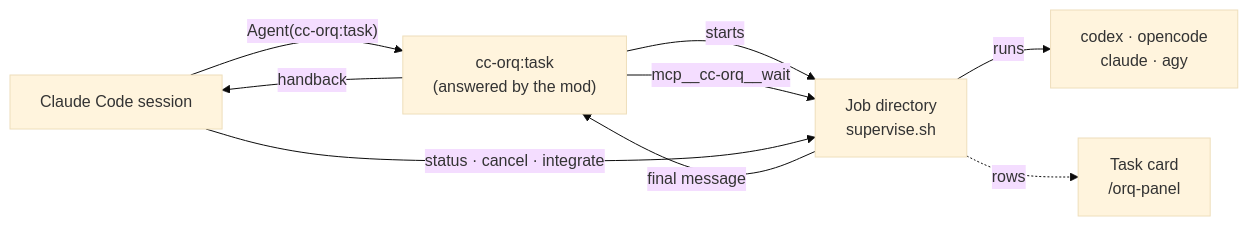
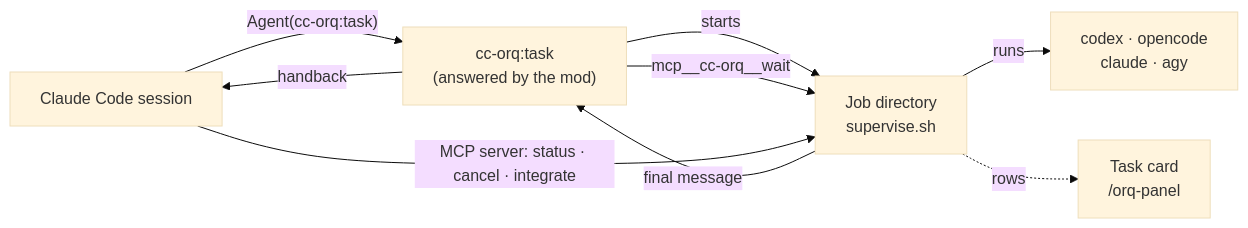
Before and after one commit to Elesiann/cc-orq: the diagram in README.md, drawn with Mermaid (base theme). The commit also changed other lines of this file and 2 other files, not shown here.

First line of the commit message:
Document the MCP server and the renamed tools

````diff
--- a/README.md
+++ b/README.md
@@ -755,11 +806,11 @@
 ```mermaid
 flowchart LR
   parent["Claude Code session"] -- "Agent(cc-orq:task)" --> task["cc-orq:task<br/>(answered by the mod)"]
   task -- "starts" --> job["Job directory<br/>supervise.sh"]
   job -- "runs" --> cli["codex · opencode<br/>claude · agy"]
   task -- "mcp__cc-orq__wait" --> job
   job -- "final message" --> task
   task -- "handback" --> parent
-  parent -- "status · cancel · integrate" --> job
+  parent -- "MCP server: status · cancel · integrate" --> job
   job -. "rows" .-> card["Task card<br/>/orq-panel"]
 ```
````
